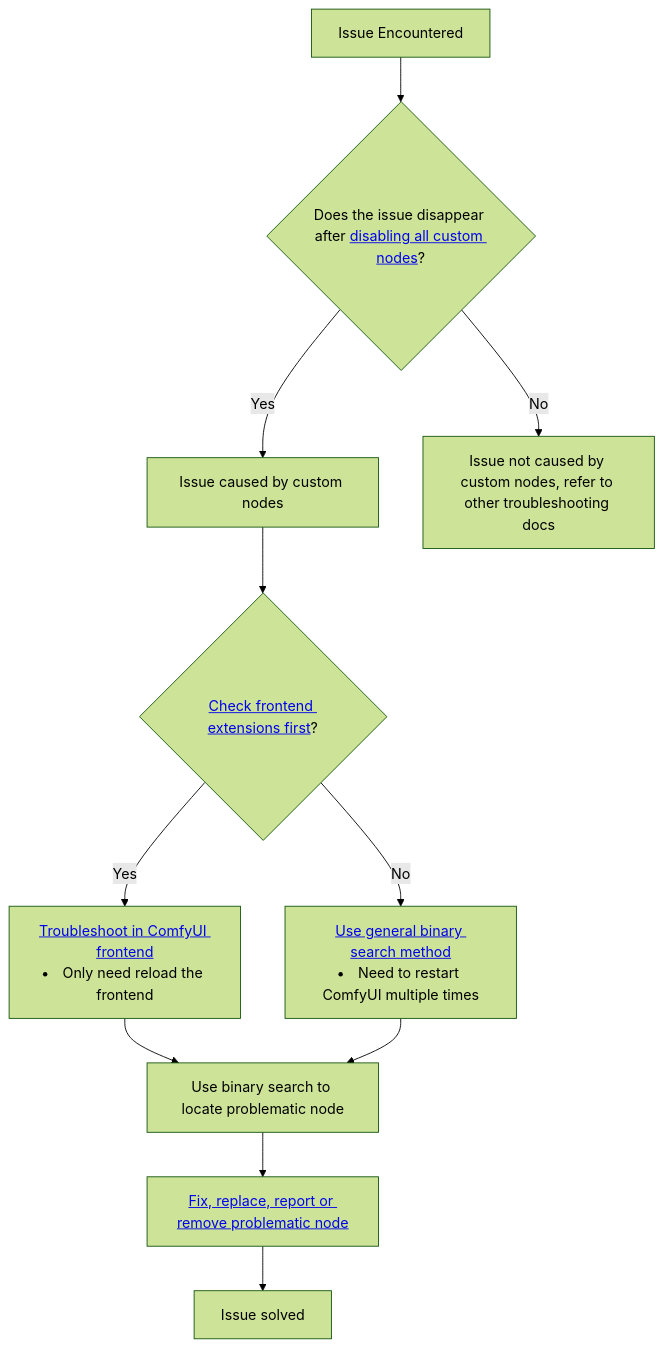
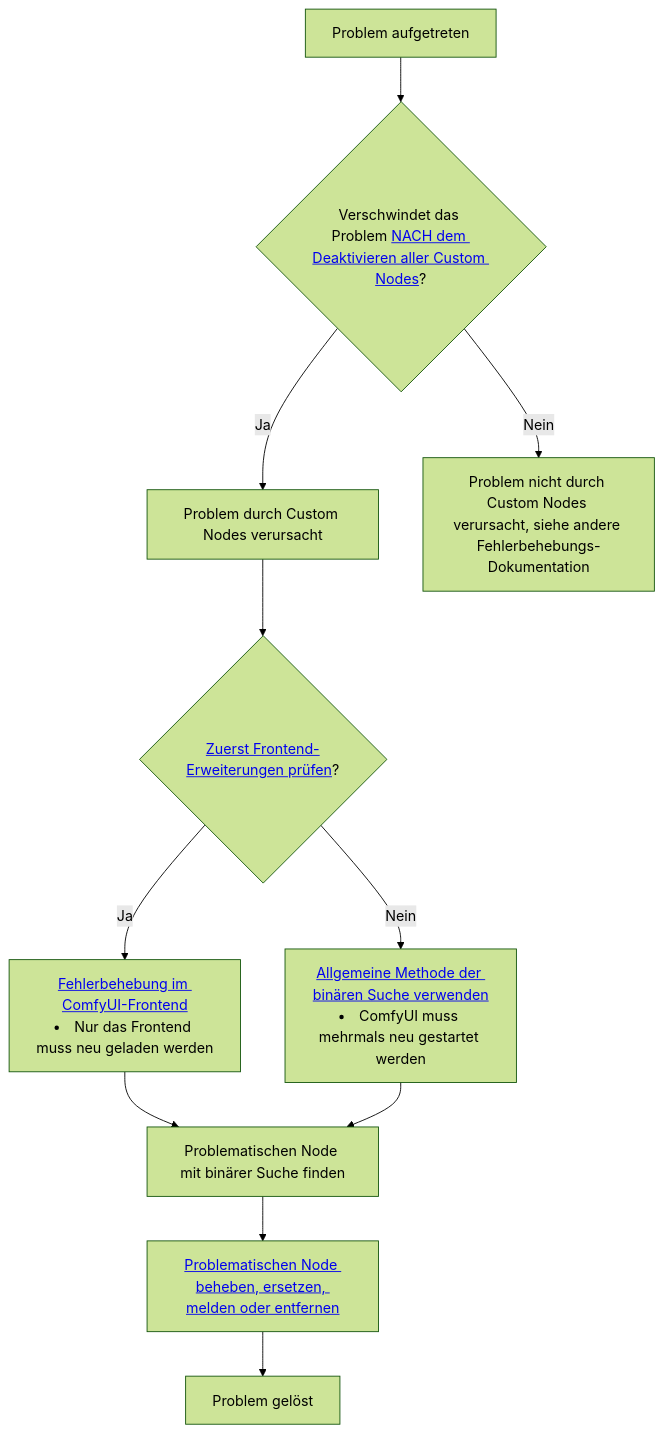
Before and after one commit to Comfy-Org/docs: the first of 2 diagrams in de/troubleshooting/custom-node-issues.mdx, drawn with Mermaid (forest theme). The commit also changed other lines of this file and 35 other files, not shown here.

Commit message:
i18n(de): restructure instance-management, complete custom-node pages, fix anchors

````diff
--- a/de/troubleshooting/custom-node-issues.mdx
+++ b/de/troubleshooting/custom-node-issues.mdx
@@ -19,13 +20,13 @@
  ```mermaid
  flowchart TD
-    A[Issue Encountered] --> B{Does the issue disappear after <a href="#how-to-disable-all-custom-nodes%3F">disabling all custom nodes</a>?}
-    B -- Yes --> C[Issue caused by custom nodes]
-    B -- No --> D[Issue not caused by custom nodes, refer to other troubleshooting docs]
-    C --> E{<a href="#1-troubleshooting-the-custom-nodes’-frontend-extensions">Check frontend extensions first</a>?}
-    E -- Yes --> F[<a href="#1-troubleshooting-the-custom-nodes’-frontend-extensions">Troubleshoot in ComfyUI frontend</a><br/><li>Only need reload the frontend</li>]
-    E -- No --> G[<a href="#2-general-custom-node-troubleshooting">Use general binary search method</a><li>Need to restart ComfyUI multiple times</li>]
-    F --> H[Use binary search to locate problematic node]
+    A[Problem aufgetreten] --> B{Verschwindet das Problem <a href="#alle-custom-nodes-deaktivieren">NACH dem Deaktivieren aller Custom Nodes</a>?}
+    B -- Ja --> C[Problem durch Custom Nodes verursacht]
+    B -- Nein --> D[Problem nicht durch Custom Nodes verursacht, siehe andere Fehlerbehebungs-Dokumentation]
+    C --> E{<a href="#1-fehlerbehebung-bei-den-frontend-erweiterungen-der-custom-nodes">Zuerst Frontend-Erweiterungen prüfen</a>?}
+    E -- Ja --> F[<a href="#1-fehlerbehebung-bei-den-frontend-erweiterungen-der-custom-nodes">Fehlerbehebung im ComfyUI-Frontend</a><br/><li>Nur das Frontend muss neu geladen werden</li>]
+    E -- Nein --> G[<a href="#2-allgemeine-fehlerbehebung-bei-custom-nodes">Allgemeine Methode der binären Suche verwenden</a><li>ComfyUI muss mehrmals neu gestartet werden</li>]
+    F --> H[Problematischen Node mit binärer Suche finden]
     G --> H
-    H --> I[<a href="#how-to-fix-the-issue">Fix, replace, report or remove problematic node</a>]
-    I --> J[Issue solved]
+    H --> I[<a href="#so-beheben-sie-das-problem">Problematischen Node beheben, ersetzen, melden oder entfernen</a>]
+    I --> J[Problem gelöst]
 ```
````
